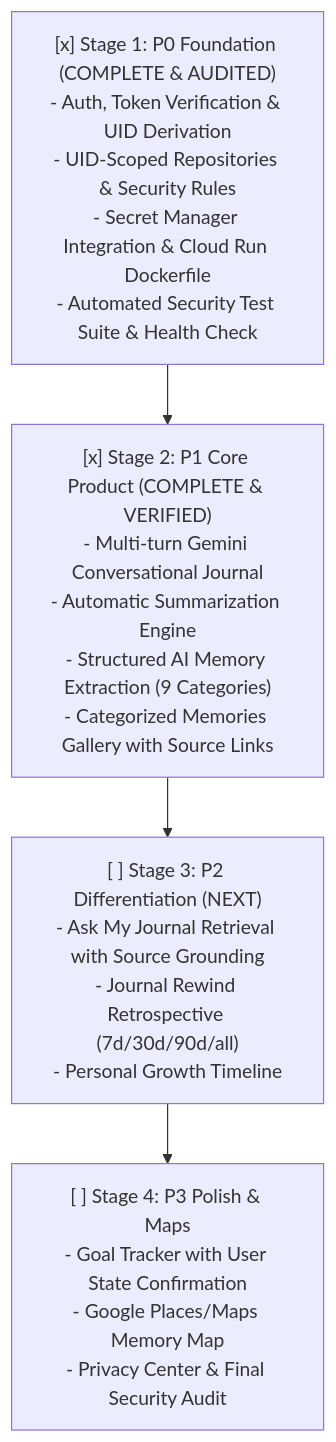
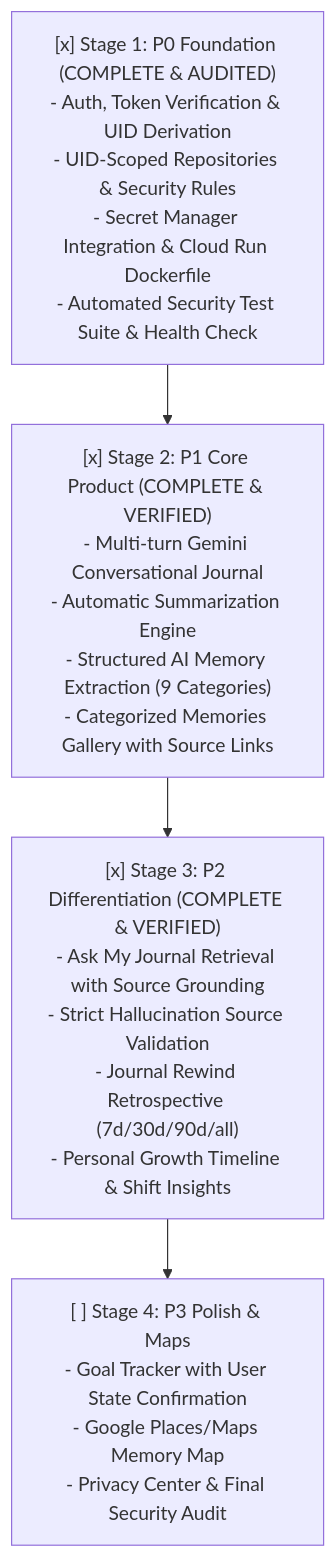
One commit to pavankarthikeyaatchyuta-lab/MINDVAULT changed the diagram in README.md. Above: the diagram before and after it, drawn with Mermaid. The commit also changed 19 other files, not shown here.

Commit message:
feat: Stage 3 P2 Differentiation - Ask My Journal, Journal Rewind, and Personal Growth Timeline

````diff
--- a/README.md
+++ b/README.md
@@ -91,9 +91,9 @@
 ```mermaid
 flowchart TD
     S1["[x] Stage 1: P0 Foundation (COMPLETE & AUDITED)\n- Auth, Token Verification & UID Derivation\n- UID-Scoped Repositories & Security Rules\n- Secret Manager Integration & Cloud Run Dockerfile\n- Automated Security Test Suite & Health Check"]
     S2["[x] Stage 2: P1 Core Product (COMPLETE & VERIFIED)\n- Multi-turn Gemini Conversational Journal\n- Automatic Summarization Engine\n- Structured AI Memory Extraction (9 Categories)\n- Categorized Memories Gallery with Source Links"]
-    S3["[ ] Stage 3: P2 Differentiation (NEXT)\n- Ask My Journal Retrieval with Source Grounding\n- Journal Rewind Retrospective (7d/30d/90d/all)\n- Personal Growth Timeline"]
+    S3["[x] Stage 3: P2 Differentiation (COMPLETE & VERIFIED)\n- Ask My Journal Retrieval with Source Grounding\n- Strict Hallucination Source Validation\n- Journal Rewind Retrospective (7d/30d/90d/all)\n- Personal Growth Timeline & Shift Insights"]
     S4["[ ] Stage 4: P3 Polish & Maps\n- Goal Tracker with User State Confirmation\n- Google Places/Maps Memory Map\n- Privacy Center & Final Security Audit"]
 
     S1 --> S2 --> S3 --> S4
 ```
````
